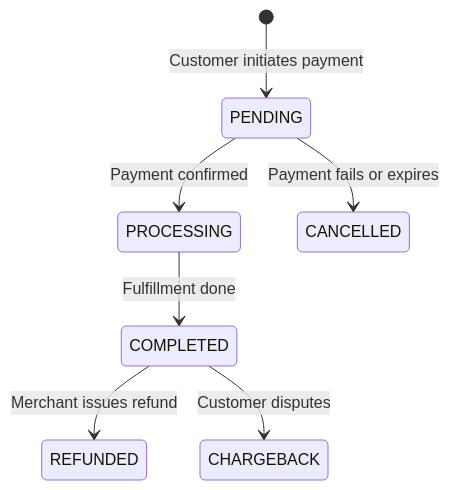
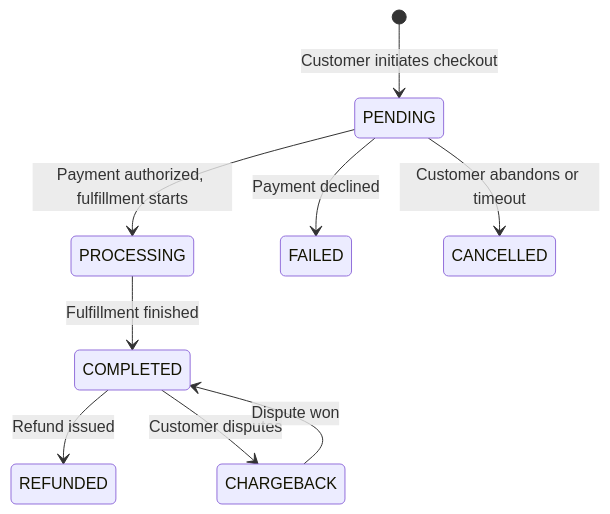
The diagram in developers/learn/lifecycle.mdx (pandabase/docs.pandabase.io), drawn with Mermaid before and after one commit. The commit also changed other lines of this file, not shown here.

````diff
--- a/developers/learn/lifecycle.mdx
+++ b/developers/learn/lifecycle.mdx
@@ -10,9 +10,11 @@
 ```mermaid
 stateDiagram-v2
-    [*] --> PENDING: Customer initiates payment
-    PENDING --> PROCESSING: Payment confirmed
-    PROCESSING --> COMPLETED: Fulfillment done
-    PENDING --> CANCELLED: Payment fails or expires
-    COMPLETED --> REFUNDED: Merchant issues refund
+    [*] --> PENDING: Customer initiates checkout
+    PENDING --> PROCESSING: Payment authorized, fulfillment starts
+    PROCESSING --> COMPLETED: Fulfillment finished
+    PENDING --> FAILED: Payment declined
+    PENDING --> CANCELLED: Customer abandons or timeout
+    COMPLETED --> REFUNDED: Refund issued
     COMPLETED --> CHARGEBACK: Customer disputes
+    CHARGEBACK --> COMPLETED: Dispute won
 ```
````
